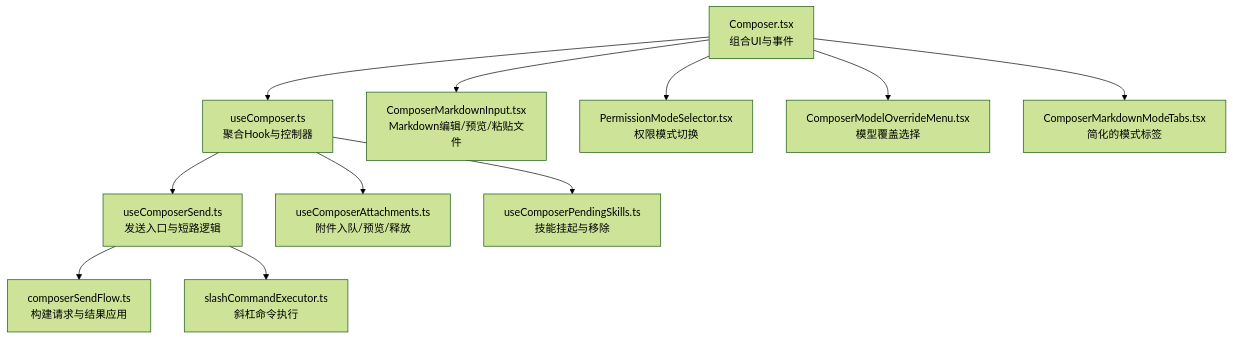
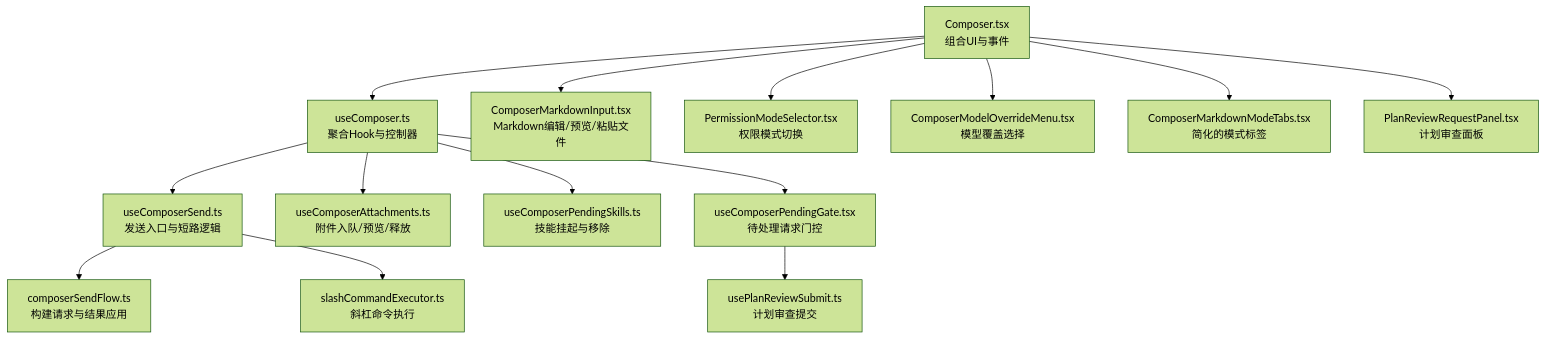
Before and after one commit to haolange/RDC-Agent: the first of 4 diagrams in .qoder/repowiki/zh/content/用户界面/对话编辑器/对话编辑器.md, drawn with Mermaid (forest theme). The commit also changed other lines of this file and 208 other files, not shown here.

````diff
--- a/.qoder/repowiki/zh/content/用户界面/对话编辑器/对话编辑器.md
+++ b/.qoder/repowiki/zh/content/用户界面/对话编辑器/对话编辑器.md
@@ -55,13 +63,16 @@
 ```mermaid
 graph TB
 A["Composer.tsx<br/>组合UI与事件"] --> B["useComposer.ts<br/>聚合Hook与控制器"]
 B --> C["useComposerSend.ts<br/>发送入口与短路逻辑"]
 C --> D["composerSendFlow.ts<br/>构建请求与结果应用"]
 B --> E["useComposerAttachments.ts<br/>附件入队/预览/释放"]
 B --> F["useComposerPendingSkills.ts<br/>技能挂起与移除"]
 A --> G["ComposerMarkdownInput.tsx<br/>Markdown编辑/预览/粘贴文件"]
 A --> H["PermissionModeSelector.tsx<br/>权限模式切换"]
 A --> I["ComposerModelOverrideMenu.tsx<br/>模型覆盖选择"]
 C --> J["slashCommandExecutor.ts<br/>斜杠命令执行"]
 A --> K["ComposerMarkdownModeTabs.tsx<br/>简化的模式标签"]
+A --> L["PlanReviewRequestPanel.tsx<br/>计划审查面板"]
+B --> M["useComposerPendingGate.tsx<br/>待处理请求门控"]
+M --> N["usePlanReviewSubmit.ts<br/>计划审查提交"]
 ```
````
